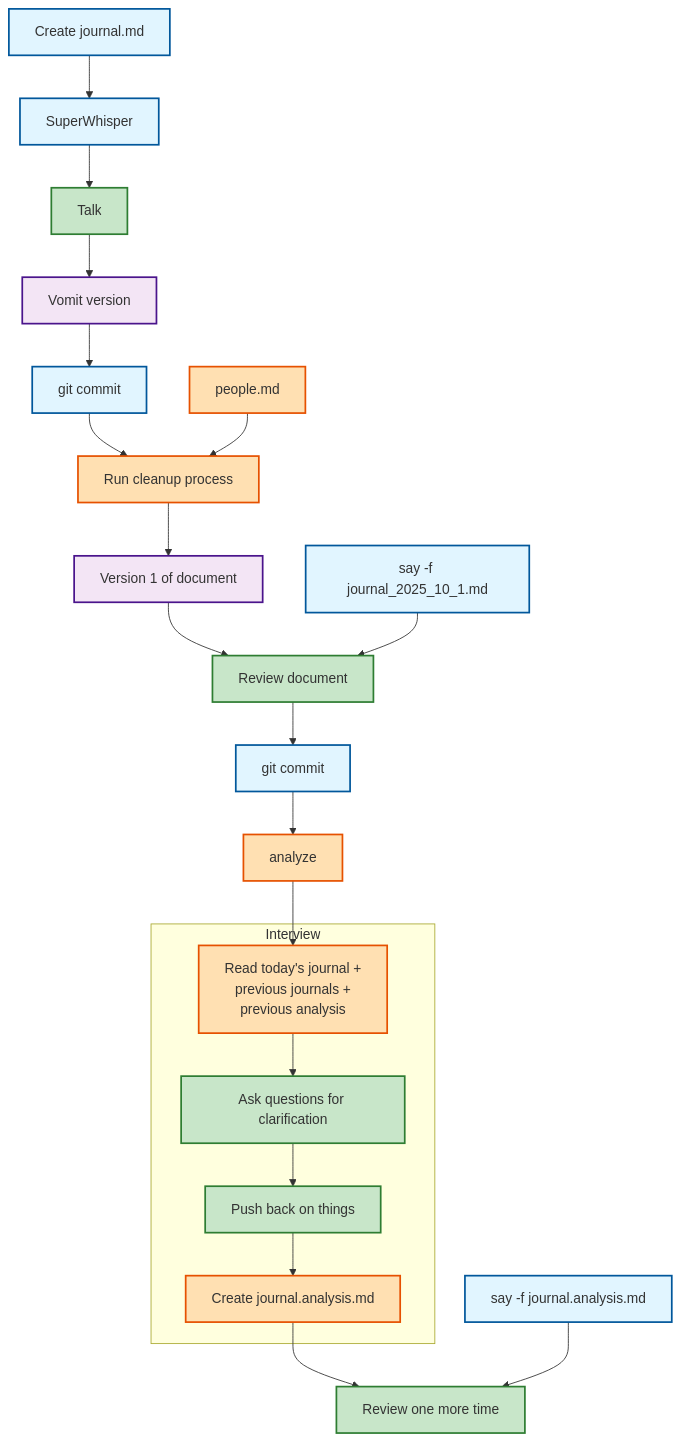
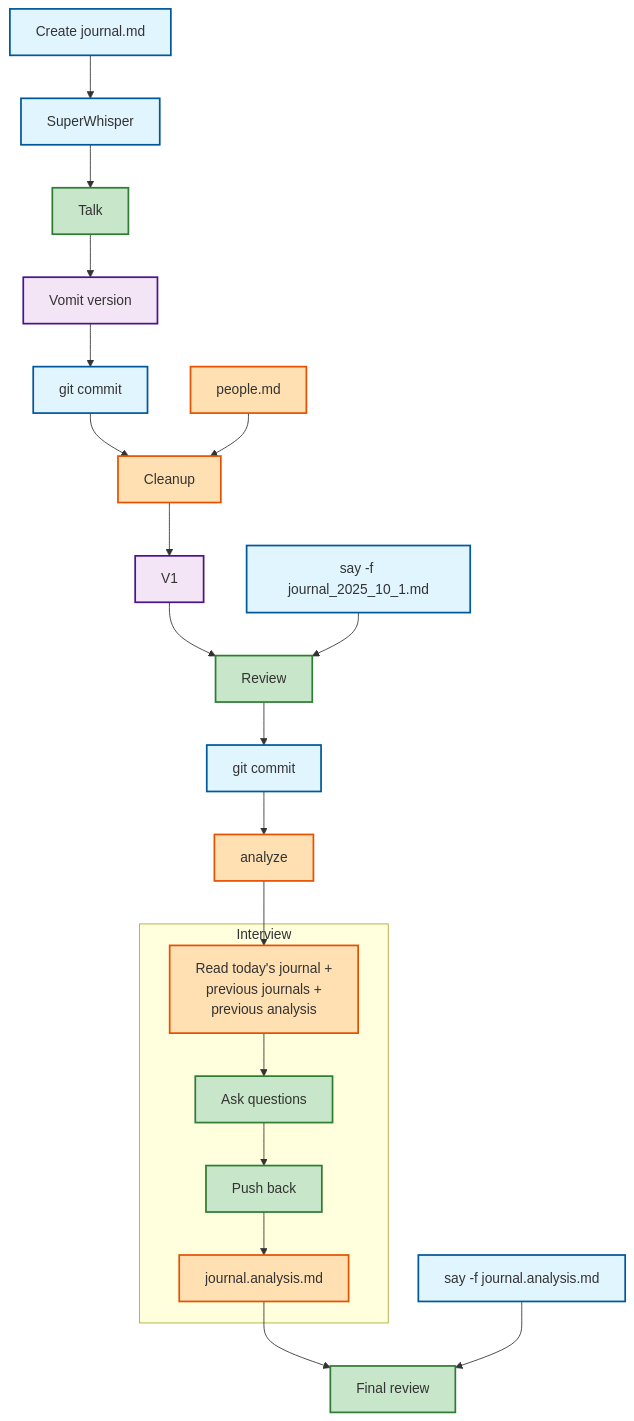
One commit to isidore/AIJournaling changed the second of 2 diagrams in Flowchart_Journaling/journaling_process.md. Above: the diagram before and after it, drawn with Mermaid.

Commit message:
step 11 cleanup more

````diff
--- a/Flowchart_Journaling/journaling_process.md
+++ b/Flowchart_Journaling/journaling_process.md
@@ -18,49 +18,49 @@
 ```mermaid
 graph TD
     Start[Create journal.md]:::tools
     Whisper[SuperWhisper]:::tools
     Talk[Talk]:::manual
     Vomit[Vomit version]:::output
     Commit[git commit]:::tools
-    Cleanup[Run cleanup process]:::processing
+    Cleanup[Cleanup]:::processing
     People[people.md]:::processing
-    V1[Version 1 of document]:::output
+    V1[V1]:::output
     Say[say -f journal_2025_10_1.md]:::tools
-    Review[Review document]:::manual
+    Review[Review]:::manual
     Commit2[git commit]:::tools
     Analyze[analyze]:::processing
     
     subgraph Interview
         Read[Read today's journal +<br/>previous journals +<br/>previous analysis]:::processing
-        Ask[Ask questions for clarification]:::manual
-        PushBack[Push back on things]:::manual
-        CreateAnalysis[Create journal.analysis.md]:::processing
+        Ask[Ask questions]:::manual
+        PushBack[Push back]:::manual
+        CreateAnalysis[journal.analysis.md]:::processing
         
         Read --> Ask
         Ask --> PushBack
         PushBack --> CreateAnalysis
     end
     
     SayAnalysis[say -f journal.analysis.md]:::tools
-    ReviewAnalysis[Review one more time]:::manual
+    ReviewAnalysis[Final review]:::manual
     
     Start --> Whisper
     Whisper --> Talk
     Talk --> Vomit
     Vomit --> Commit
     Commit --> Cleanup
     People --> Cleanup
     Cleanup --> V1
     V1 --> Review
     Say --> Review
     Review --> Commit2
     Commit2 --> Analyze
     Analyze --> Read
     CreateAnalysis --> ReviewAnalysis
     SayAnalysis --> ReviewAnalysis
     
     classDef tools fill:#e1f5ff,stroke:#01579b,stroke-width:2px
     classDef output fill:#f3e5f5,stroke:#4a148c,stroke-width:2px
     classDef processing fill:#ffe0b2,stroke:#e65100,stroke-width:2px
     classDef manual fill:#c8e6c9,stroke:#2e7d32,stroke-width:2px
 ```
````
